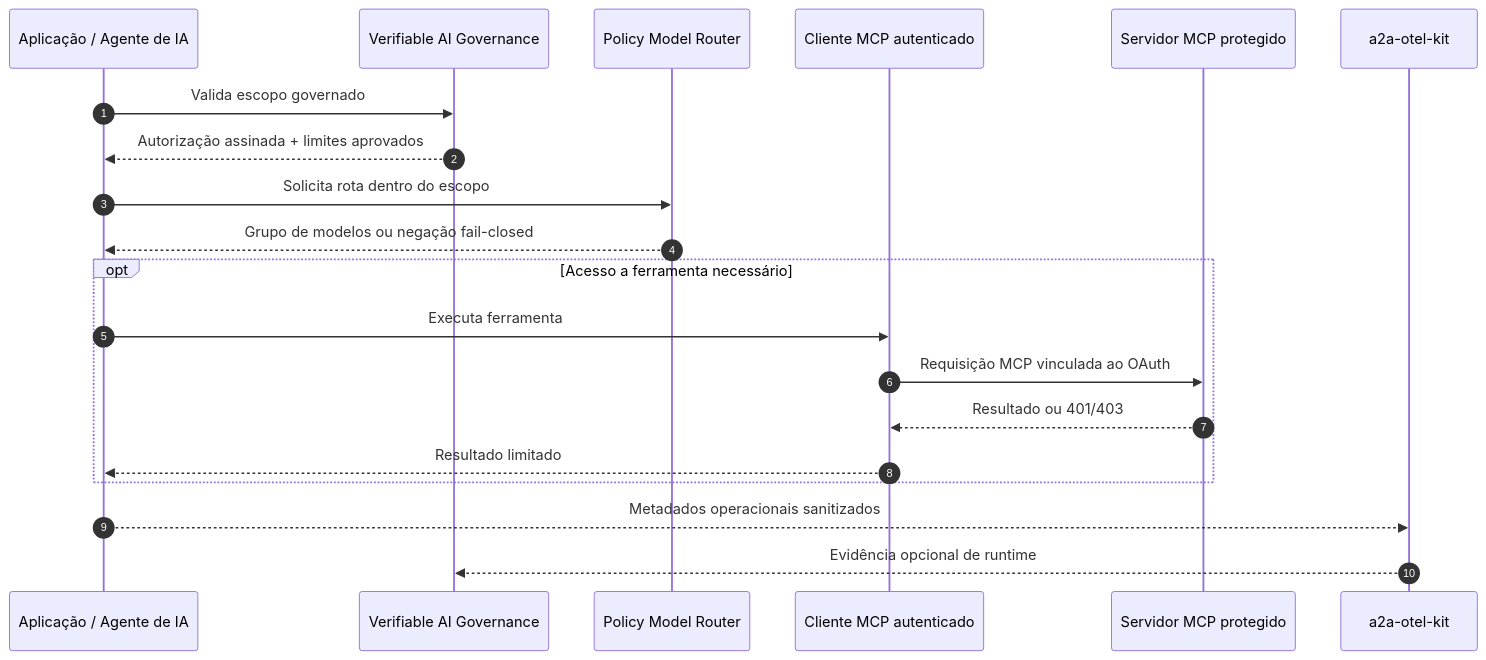
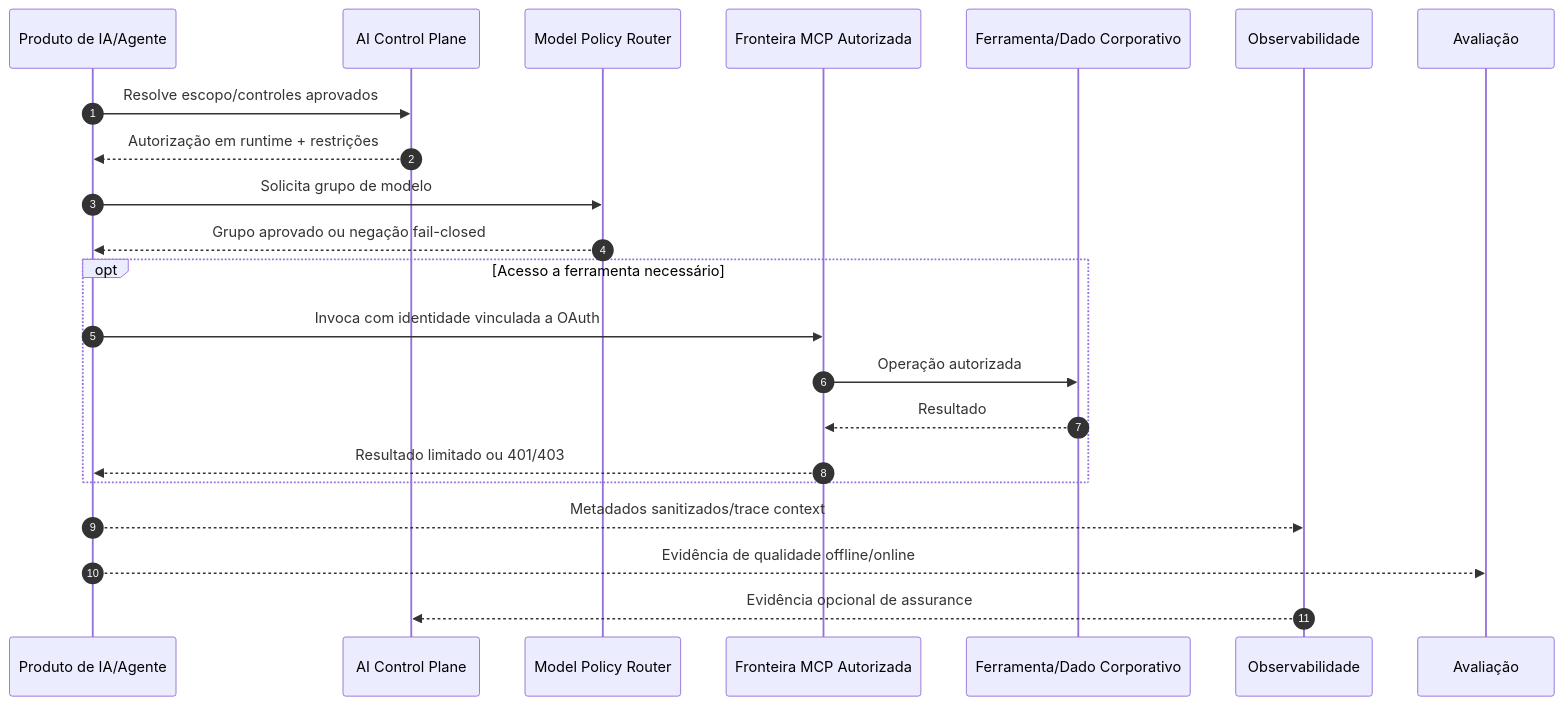
The diagram in PORTFOLIO_ARCHITECTURE.pt-BR.md (brunovicco/brunovicco), drawn with Mermaid before and after one commit. The commit also changed other lines of this file and 4 other files, not shown here.

````diff
--- a/PORTFOLIO_ARCHITECTURE.pt-BR.md
+++ b/PORTFOLIO_ARCHITECTURE.pt-BR.md
@@ -92,25 +336,27 @@
 ```mermaid
 sequenceDiagram
     autonumber
-    participant App as Aplicação / Agente de IA
-    participant Gov as Verifiable AI Governance
-    participant Router as Policy Model Router
-    participant MCPClient as Cliente MCP autenticado
-    participant MCPServer as Servidor MCP protegido
-    participant OTel as a2a-otel-kit
+    participant App as Produto de IA/Agente
+    participant Gov as AI Control Plane
+    participant Router as Model Policy Router
+    participant MCP as Fronteira MCP Autorizada
+    participant Tool as Ferramenta/Dado Corporativo
+    participant OTel as Observabilidade
+    participant Eval as Avaliação
 
-    App->>Gov: Valida escopo governado
-    Gov-->>App: Autorização assinada + limites aprovados
-    App->>Router: Solicita rota dentro do escopo
-    Router-->>App: Grupo de modelos ou negação fail-closed
+    App->>Gov: Resolve escopo/controles aprovados
+    Gov-->>App: Autorização em runtime + restrições
+    App->>Router: Solicita grupo de modelo
+    Router-->>App: Grupo aprovado ou negação fail-closed
 
     opt Acesso a ferramenta necessário
-        App->>MCPClient: Executa ferramenta
-        MCPClient->>MCPServer: Requisição MCP vinculada ao OAuth
-        MCPServer-->>MCPClient: Resultado ou 401/403
-        MCPClient-->>App: Resultado limitado
+        App->>MCP: Invoca com identidade vinculada a OAuth
+        MCP->>Tool: Operação autorizada
+        Tool-->>MCP: Resultado
+        MCP-->>App: Resultado limitado ou 401/403
     end
 
-    App-->>OTel: Metadados operacionais sanitizados
-    OTel-->>Gov: Evidência opcional de runtime
+    App-->>OTel: Metadados sanitizados/trace context
+    App-->>Eval: Evidência de qualidade offline/online
+    OTel-->>Gov: Evidência opcional de assurance
 ```
````
